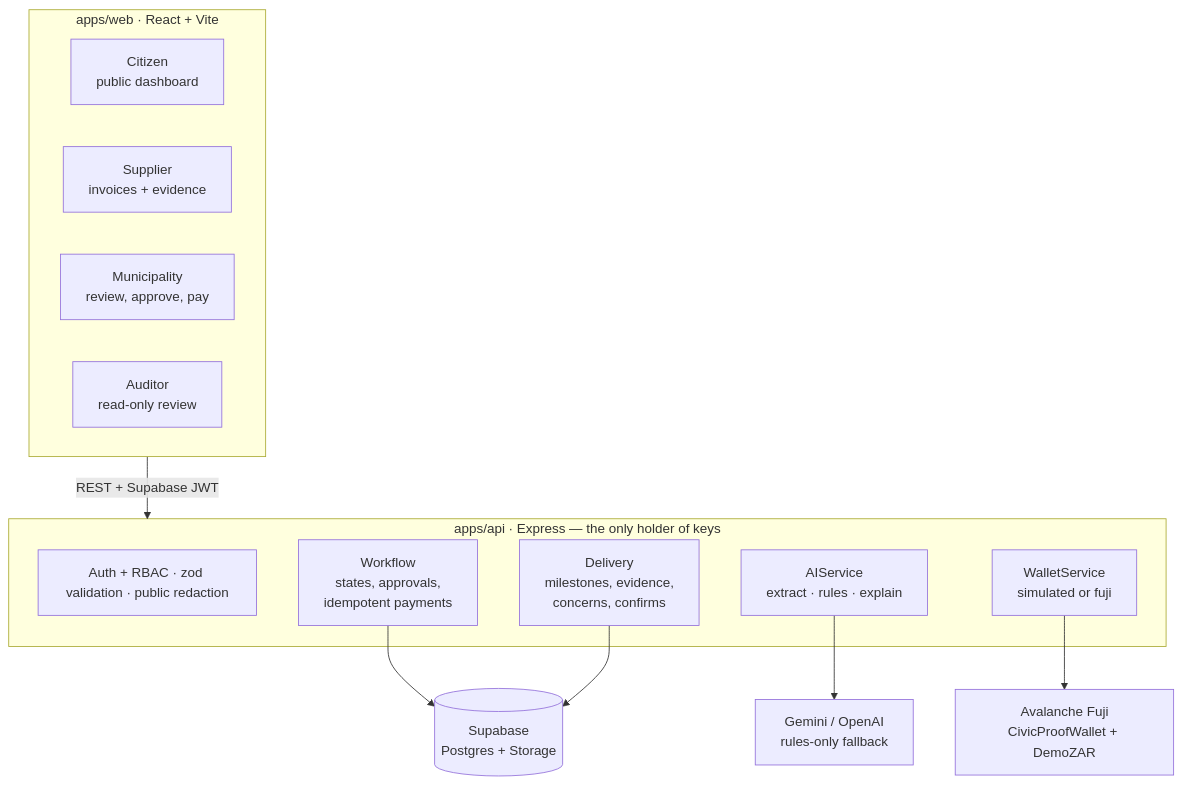
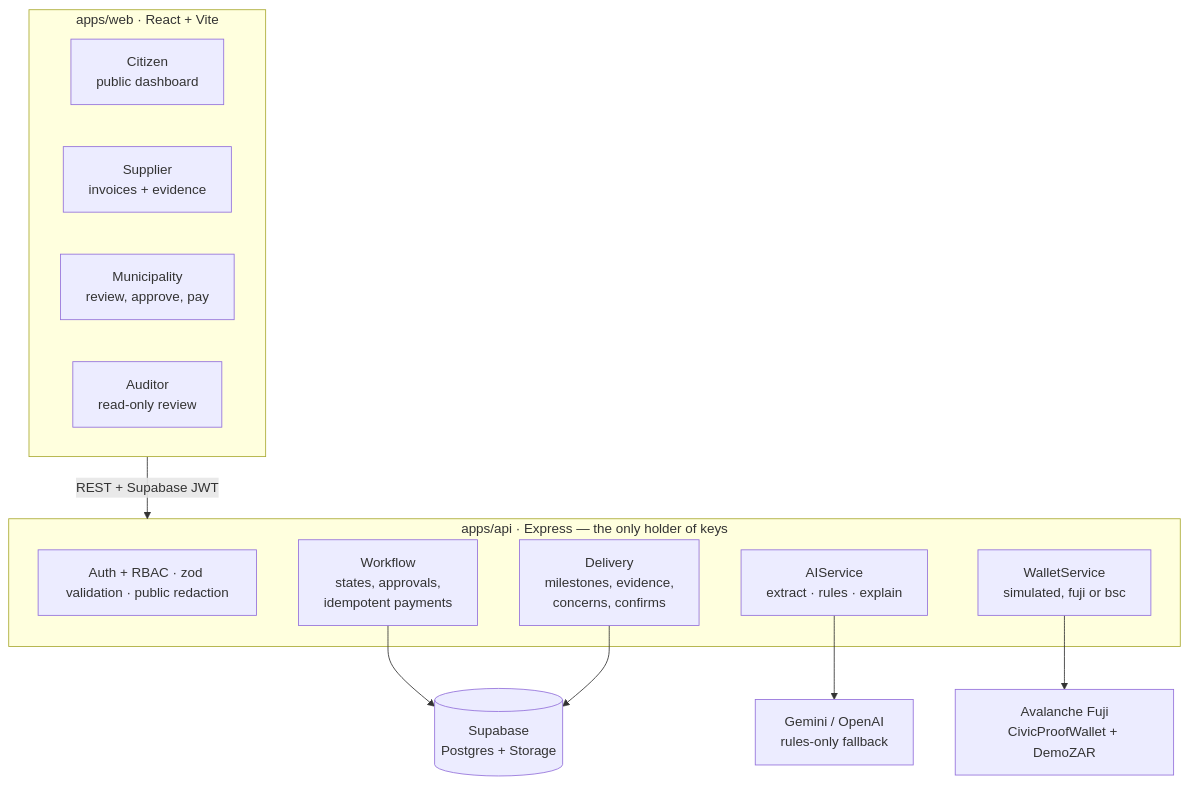
Before and after one commit to Wityd/civic_proof: the first of 2 diagrams in README.md, drawn with Mermaid. The commit also changed other lines of this file and 12 other files, not shown here.

````diff
--- a/README.md
+++ b/README.md
@@ -80,24 +80,24 @@
 ```mermaid
 flowchart TB
     subgraph web["apps/web · React + Vite"]
         C[Citizen<br/>public dashboard]
         S[Supplier<br/>invoices + evidence]
         M[Municipality<br/>review, approve, pay]
         A[Auditor<br/>read-only review]
     end
 
     web -->|REST + Supabase JWT| api
 
     subgraph api["apps/api · Express — the only holder of keys"]
         G[Auth + RBAC · zod validation · public redaction]
         W[Workflow<br/>states, approvals,<br/>idempotent payments]
         D[Delivery<br/>milestones, evidence,<br/>concerns, confirms]
         AI[AIService<br/>extract · rules · explain]
-        WS[WalletService<br/>simulated or fuji]
+        WS[WalletService<br/>simulated, fuji or bsc]
     end
 
     W --> DB[(Supabase<br/>Postgres + Storage)]
     D --> DB
     AI --> LLM[Gemini / OpenAI<br/>rules-only fallback]
     WS --> CHAIN[Avalanche Fuji<br/>CivicProofWallet + DemoZAR]
 ```
````
